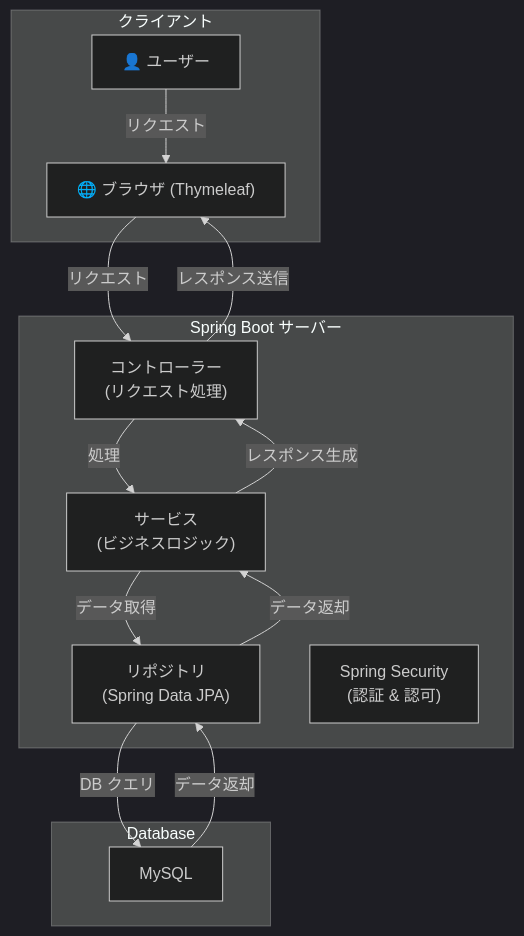
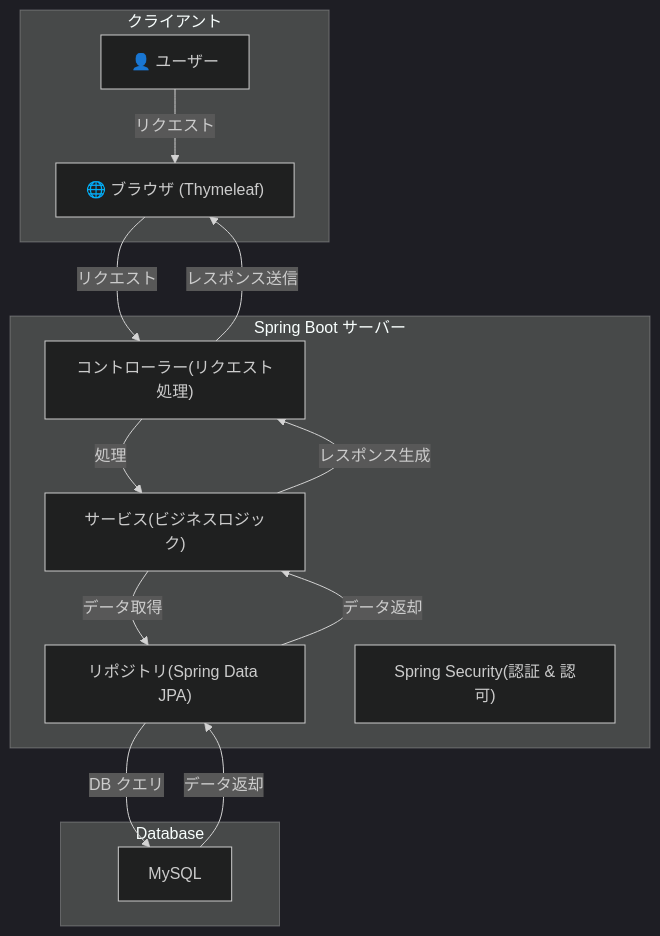
The first of 2 diagrams in README.md (chungminsik/video), drawn with Mermaid (dark theme) before and after one commit.

````diff
--- a/README.md
+++ b/README.md
@@ -28,28 +28,28 @@
 ```mermaid
 graph TD;
     subgraph クライアント
         User["👤 ユーザー"]
         Browser["🌐 ブラウザ (Thymeleaf)"]
     end
 
     subgraph サーバー["Spring Boot サーバー"]
-        Controller["コントローラー\n(リクエスト処理)"]
-        Service["サービス\n(ビジネスロジック)"]
-        Repository["リポジトリ\n(Spring Data JPA)"]
-        Security["Spring Security\n(認証 & 認可)"]
+        Controller["コントローラー(リクエスト処理)"]
+        Service["サービス(ビジネスロジック)"]
+        Repository["リポジトリ(Spring Data JPA)"]
+        Security["Spring Security(認証 & 認可)"]
     end
 
     subgraph データベース["Database"]
         MySQL["MySQL"]
     end
 
     User -->|リクエスト| Browser
     Browser -->|リクエスト| Controller
     Controller -->|処理| Service
     Service -->|データ取得| Repository
     Repository -->|DB クエリ| MySQL
     MySQL -->|データ返却| Repository
     Repository -->|データ返却| Service
     Service -->|レスポンス生成| Controller
     Controller -->|レスポンス送信| Browser
 ```
````
